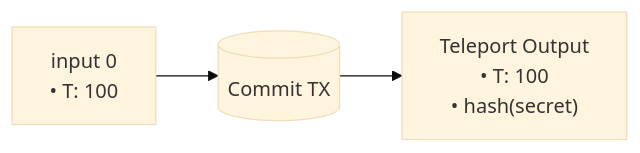
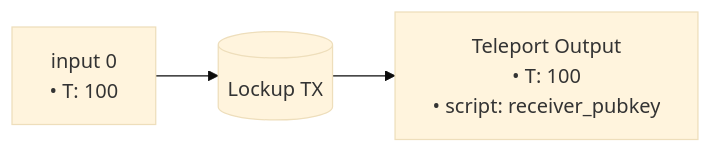
The ninth of 13 diagrams in Arkade-Assets-Documentation.md (ArkLabsHQ/arkade-assets), drawn with Mermaid (base theme) before and after one commit. The commit also changed other lines of this file and 2 other files, not shown here.

First line of the commit message:
Refactor Teleport Mechanism: Replace Commitment with Intent-Based Validation (#8)

````diff
--- a/Arkade-Assets-Documentation.md
+++ b/Arkade-Assets-Documentation.md
@@ -1249,7 +1251,7 @@
 ```mermaid
 flowchart LR
-  CommitTX[(Commit TX)]
-  i0["input 0<br/>• T: 100"] --> CommitTX
-  CommitTX --> o_teleport["Teleport Output<br/>• T: 100<br/>• hash(secret)"]
+  LockupTX[(Lockup TX)]
+  i0["input 0<br/>• T: 100"] --> LockupTX
+  LockupTX --> o_teleport["Teleport Output<br/>• T: 100<br/>• script: receiver_pubkey"]
 
 ```
````
